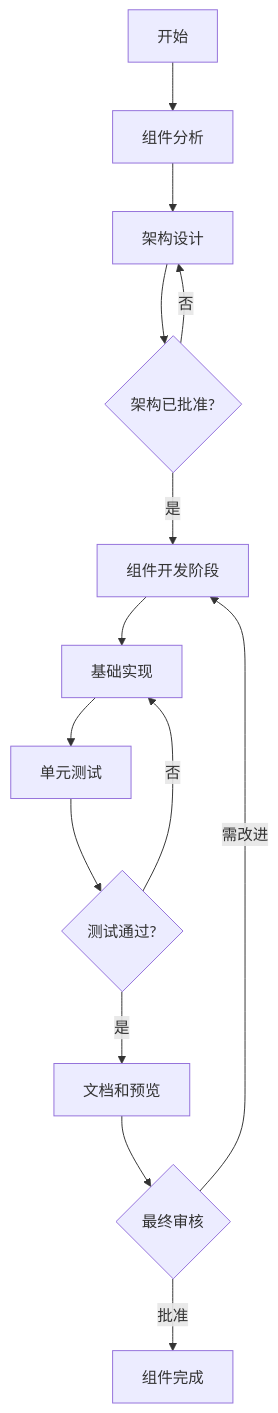
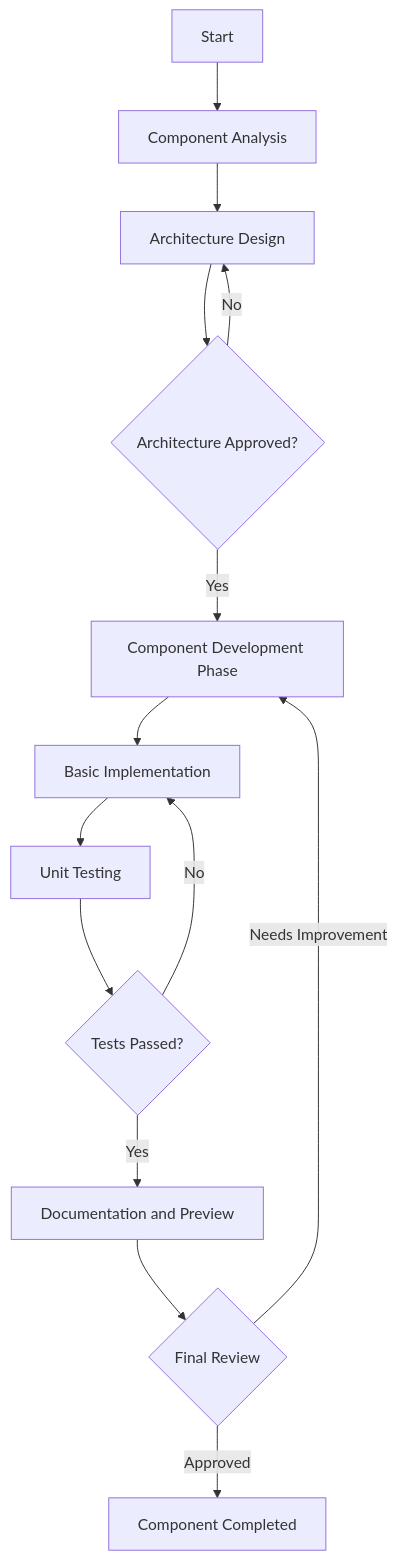
One commit to mastergo-design/mastergo-magic-mcp changed the first of 5 diagrams in src/markdown/component-workflow.md. Above: the diagram before and after it, drawn with Mermaid. The commit also changed other lines of this file and 1 other file, not shown here.

First line of the commit message:
refactor: update component documentation for clarity and consistency

````diff
--- a/src/markdown/component-workflow.md
+++ b/src/markdown/component-workflow.md
@@ -5,19 +5,19 @@
 ```mermaid
 graph TD
-    A[开始] --> B[组件分析]
-    B --> C[架构设计]
+    A[Start] --> B[Component Analysis]
+    B --> C[Architecture Design]
 
-    C --> D{架构已批准?}
-    D -->|是| E[组件开发阶段]
-    D -->|否| C
+    C --> D{Architecture Approved?}
+    D -->|Yes| E[Component Development Phase]
+    D -->|No| C
 
-    E --> F[基础实现]
-    F --> G[单元测试]
-    G --> H{测试通过?}
-    H -->|否| F
-    H -->|是| I[文档和预览]
+    E --> F[Basic Implementation]
+    F --> G[Unit Testing]
+    G --> H{Tests Passed?}
+    H -->|No| F
+    H -->|Yes| I[Documentation and Preview]
 
-    I --> J{最终审核}
-    J -->|批准| K[组件完成]
-    J -->|需改进| E
+    I --> J{Final Review}
+    J -->|Approved| K[Component Completed]
+    J -->|Needs Improvement| E
 ```
````
